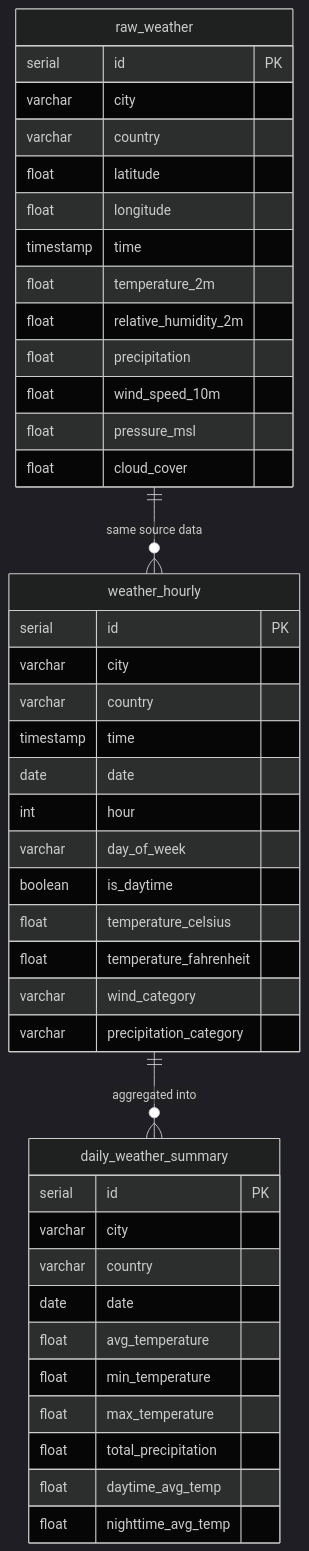
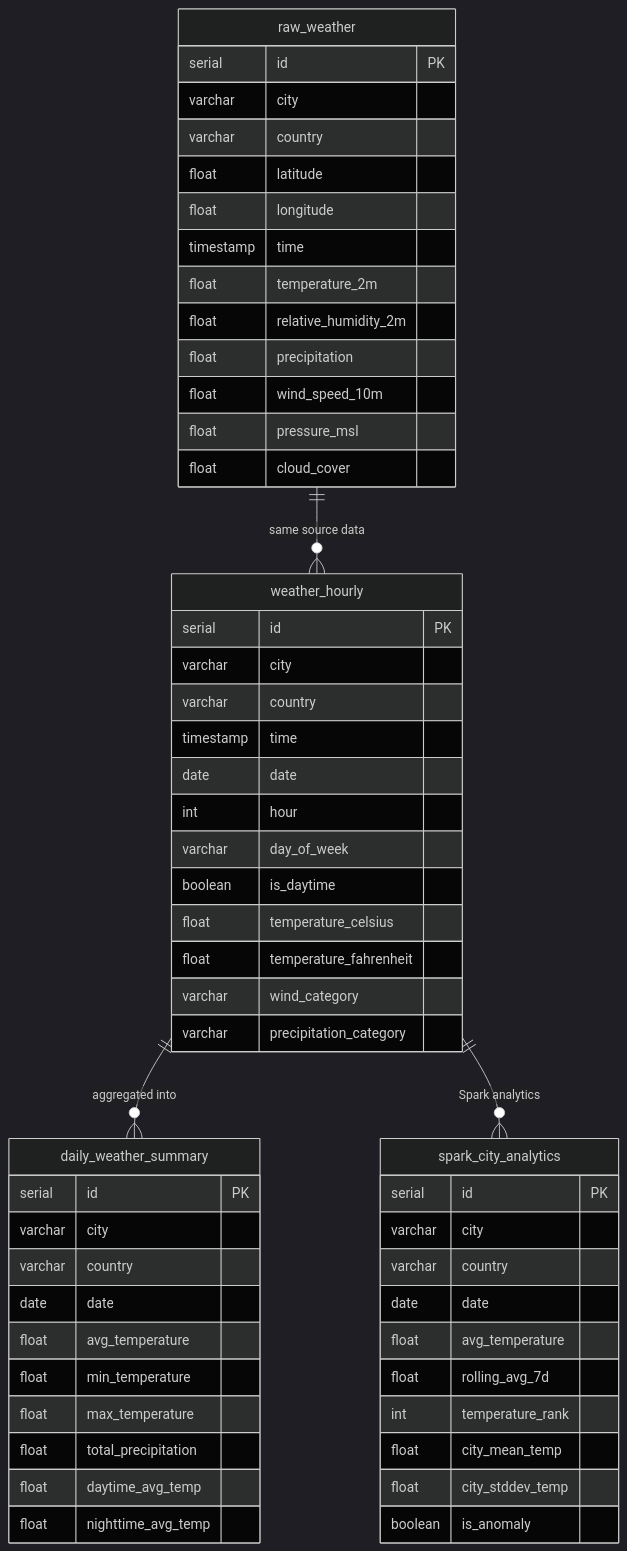
Before and after one commit to Lukiano99/ETLProcessorProject: the fourth of 4 diagrams in README.md, drawn with Mermaid (dark theme). The commit also changed other lines of this file and 7 other files, not shown here.

First line of the commit message:
Add Apache Spark analytics layer

````diff
--- a/README.md
+++ b/README.md
@@ -92,48 +103,62 @@
 ```mermaid
 erDiagram
     raw_weather {
         serial id PK
         varchar city
         varchar country
         float latitude
         float longitude
         timestamp time
         float temperature_2m
         float relative_humidity_2m
         float precipitation
         float wind_speed_10m
         float pressure_msl
         float cloud_cover
     }
 
     weather_hourly {
         serial id PK
         varchar city
         varchar country
         timestamp time
         date date
         int hour
         varchar day_of_week
         boolean is_daytime
         float temperature_celsius
         float temperature_fahrenheit
         varchar wind_category
         varchar precipitation_category
     }
 
     daily_weather_summary {
         serial id PK
         varchar city
         varchar country
         date date
         float avg_temperature
         float min_temperature
         float max_temperature
         float total_precipitation
         float daytime_avg_temp
         float nighttime_avg_temp
     }
 
+    spark_city_analytics {
+        serial id PK
+        varchar city
+        varchar country
+        date date
+        float avg_temperature
+        float rolling_avg_7d
+        int temperature_rank
+        float city_mean_temp
+        float city_stddev_temp
+        boolean is_anomaly
+    }
+
     raw_weather ||--o{ weather_hourly : "same source data"
     weather_hourly ||--o{ daily_weather_summary : "aggregated into"
+    weather_hourly ||--o{ spark_city_analytics : "Spark analytics"
 ```
````
